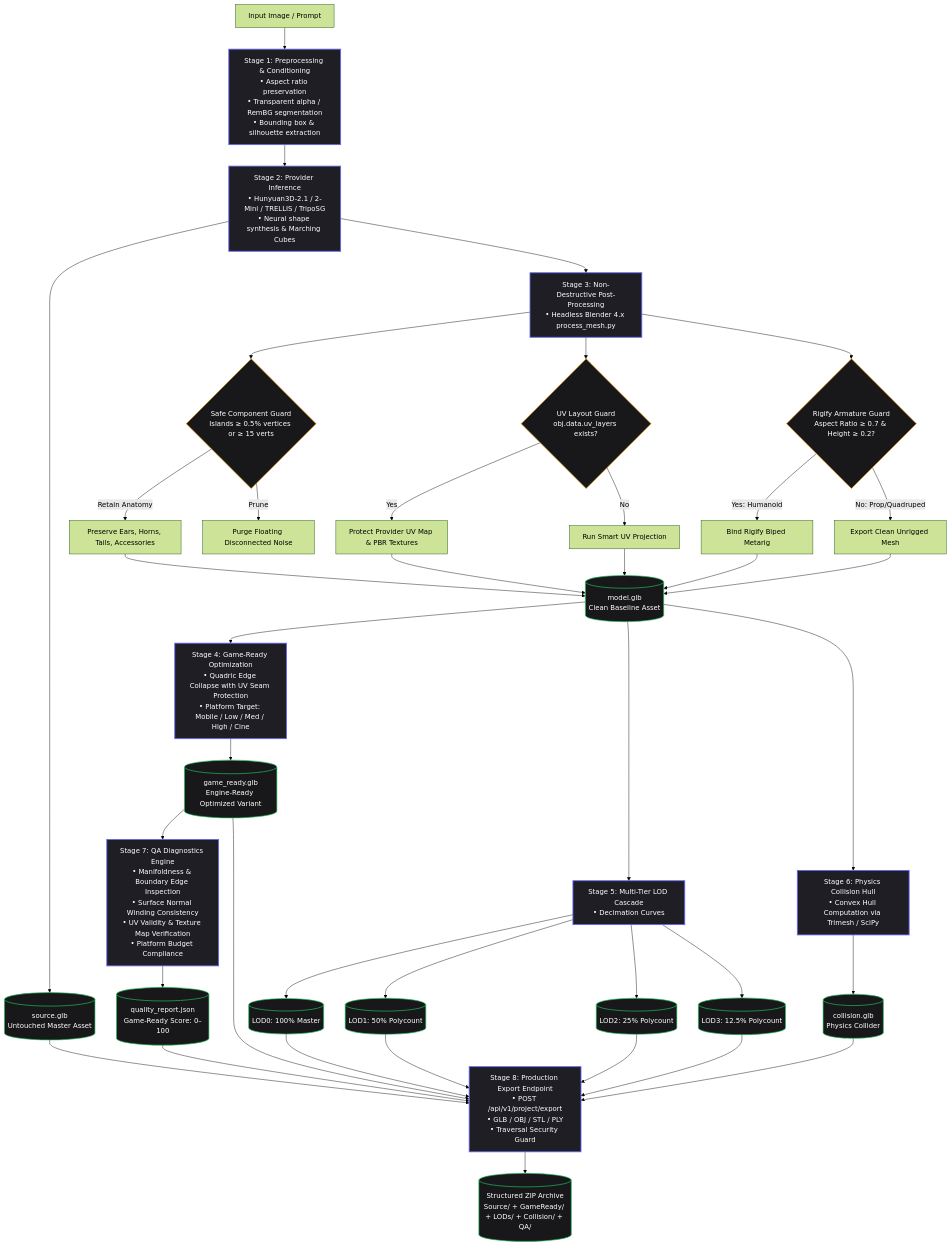
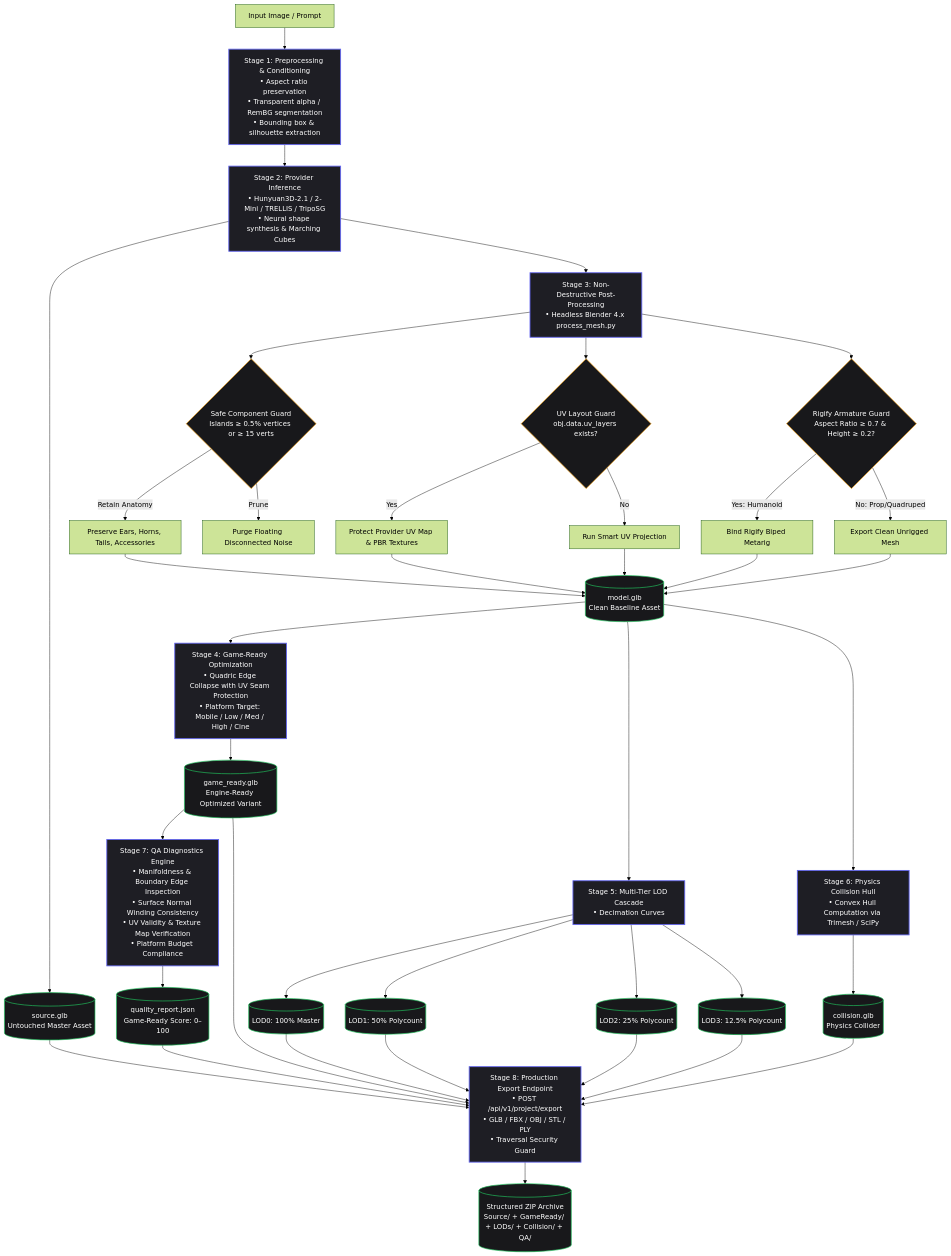
One commit to Silentzx2/AI_Studio changed the diagram in Docs/3D_QUALITY_PIPELINE.md. Above: the diagram before and after it, drawn with Mermaid (forest theme). The commit also changed 4 other files, not shown here.

Commit message:
fix(pipeline): audit and finalize post-generation pipeline, preflight smoke tests, and export validation

````diff
--- a/Docs/3D_QUALITY_PIPELINE.md
+++ b/Docs/3D_QUALITY_PIPELINE.md
@@ -7,58 +7,58 @@
 ```mermaid
 flowchart TD
     classDef stage fill:#1e1e24,stroke:#6366f1,stroke-width:2px,color:#fff;
     classDef data fill:#18181b,stroke:#22c55e,stroke-width:1.5px,color:#fff;
     classDef guard fill:#18181b,stroke:#f59e0b,stroke-width:1.5px,color:#fff;
 
     IN[Input Image / Prompt] --> PRE[Stage 1: Preprocessing & Conditioning<br/>• Aspect ratio preservation<br/>• Transparent alpha / RemBG segmentation<br/>• Bounding box & silhouette extraction]:::stage
     
     PRE --> INF[Stage 2: Provider Inference<br/>• Hunyuan3D-2.1 / 2-Mini / TRELLIS / TripoSG<br/>• Neural shape synthesis & Marching Cubes]:::stage
     
     INF --> RAW[(source.glb<br/>Untouched Master Asset)]:::data
     
     INF --> POST[Stage 3: Non-Destructive Post-Processing<br/>• Headless Blender 4.x process_mesh.py]:::stage
     
     POST --> G1{Safe Component Guard<br/>Islands ≥ 0.5% vertices or ≥ 15 verts}:::guard
     G1 -->|Retain Anatomy| BM[Preserve Ears, Horns, Tails, Accessories]
     G1 -->|Prune| FL[Purge Floating Disconnected Noise]
     
     POST --> G2{UV Layout Guard<br/>obj.data.uv_layers exists?}:::guard
     G2 -->|Yes| P_UV[Protect Provider UV Map & PBR Textures]
     G2 -->|No| S_UV[Run Smart UV Projection]
 
     POST --> G3{Rigify Armature Guard<br/>Aspect Ratio ≥ 0.7 & Height ≥ 0.2?}:::guard
     G3 -->|Yes: Humanoid| RIG[Bind Rigify Biped Metarig]
     G3 -->|No: Prop/Quadruped| NO_RIG[Export Clean Unrigged Mesh]
 
     BM --> MODEL[(model.glb<br/>Clean Baseline Asset)]:::data
     P_UV --> MODEL
     S_UV --> MODEL
     RIG --> MODEL
     NO_RIG --> MODEL
 
     MODEL --> OPT[Stage 4: Game-Ready Optimization<br/>• Quadric Edge Collapse with UV Seam Protection<br/>• Platform Target: Mobile / Low / Med / High / Cine]:::stage
     OPT --> GAME[(game_ready.glb<br/>Engine-Ready Optimized Variant)]:::data
 
     MODEL --> LOD[Stage 5: Multi-Tier LOD Cascade<br/>• Decimation Curves]:::stage
     LOD --> L0[(LOD0: 100% Master)]:::data
     LOD --> L1[(LOD1: 50% Polycount)]:::data
     LOD --> L2[(LOD2: 25% Polycount)]:::data
     LOD --> L3[(LOD3: 12.5% Polycount)]:::data
 
     MODEL --> COL[Stage 6: Physics Collision Hull<br/>• Convex Hull Computation via Trimesh / SciPy]:::stage
     COL --> COLL[(collision.glb<br/>Physics Collider)]:::data
 
     GAME --> QA[Stage 7: QA Diagnostics Engine<br/>• Manifoldness & Boundary Edge Inspection<br/>• Surface Normal Winding Consistency<br/>• UV Validity & Texture Map Verification<br/>• Platform Budget Compliance]:::stage
     QA --> SCORE[(quality_report.json<br/>Game-Ready Score: 0–100)]:::data
 
-    GAME --> EXP[Stage 8: Production Export Endpoint<br/>• POST /api/v1/project/export<br/>• GLB / OBJ / STL / PLY<br/>• Traversal Security Guard]:::stage
+    GAME --> EXP[Stage 8: Production Export Endpoint<br/>• POST /api/v1/project/export<br/>• GLB / FBX / OBJ / STL / PLY<br/>• Traversal Security Guard]:::stage
     RAW --> EXP
     L0 --> EXP
     L1 --> EXP
     L2 --> EXP
     L3 --> EXP
     COLL --> EXP
     SCORE --> EXP
 
     EXP --> ZIP[(Structured ZIP Archive<br/>Source/ + GameReady/ + LODs/ + Collision/ + QA/)]:::data
 ```
````
